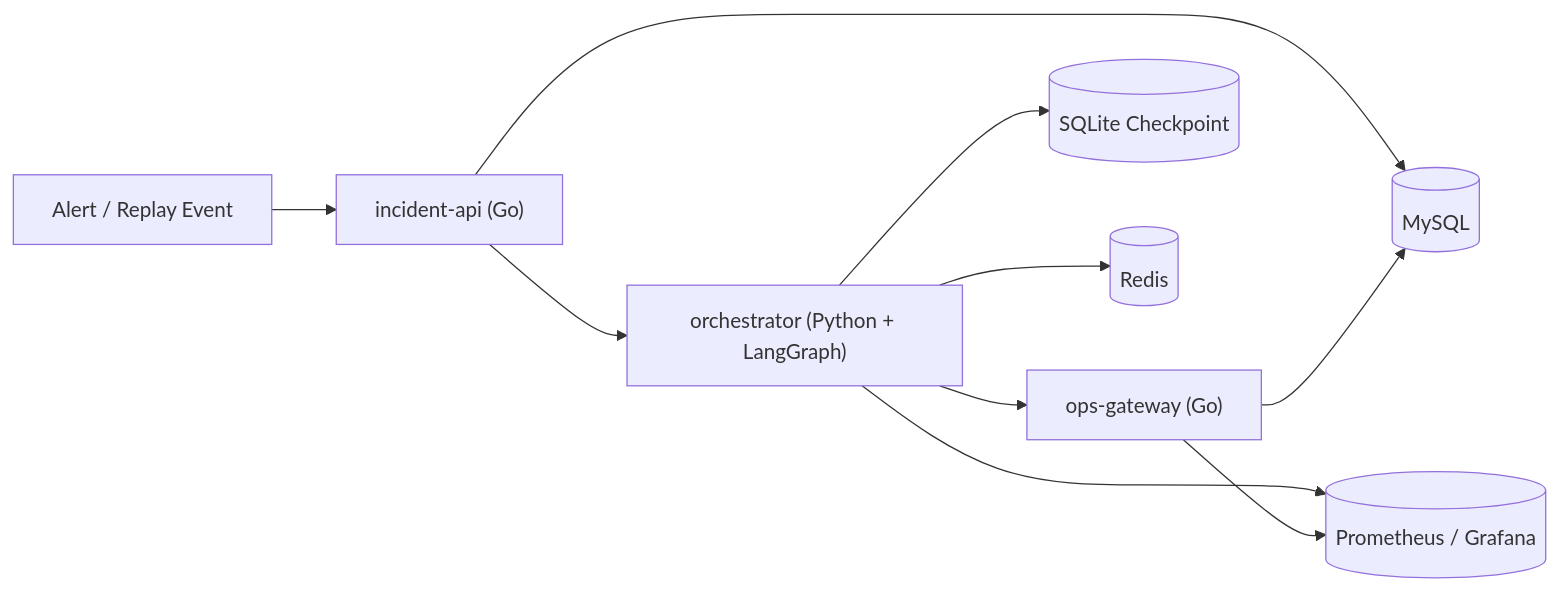
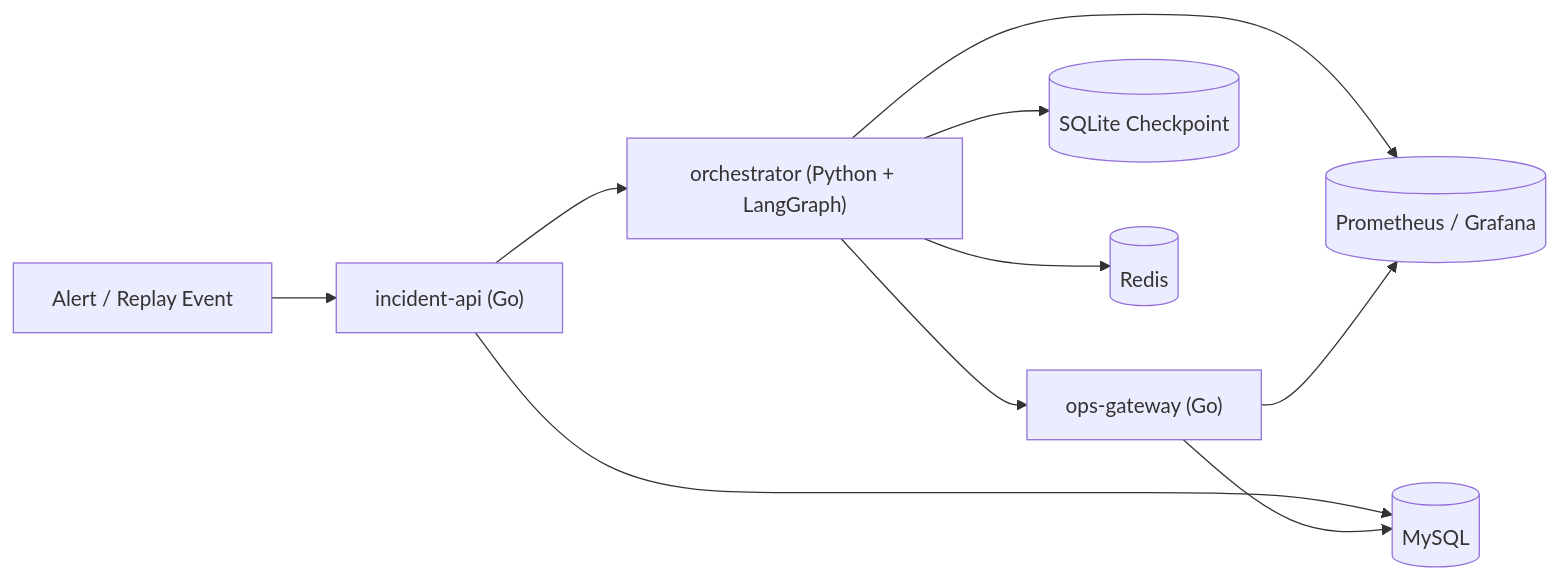
Before and after one commit to huadeng408/GraphOps: the first of 2 diagrams in README.md, drawn with Mermaid. The commit also changed other lines of this file and 40 other files, not shown here.

Commit message:
feat: finalize graphops multi-agent orchestration demo

````diff
--- a/README.md
+++ b/README.md
@@ -44,12 +63,12 @@
 ```mermaid
 flowchart LR
   A["Alert / Replay Event"] --> B["incident-api (Go)"]
   B --> O["orchestrator (Python + LangGraph)"]
   O --> G["ops-gateway (Go)"]
   B --> DB[("MySQL")]
-  G --> DB
   O --> CP[("SQLite Checkpoint")]
   O --> R[("Redis")]
   O --> M[("Prometheus / Grafana")]
   G --> M
+  G --> DB
 ```
````
